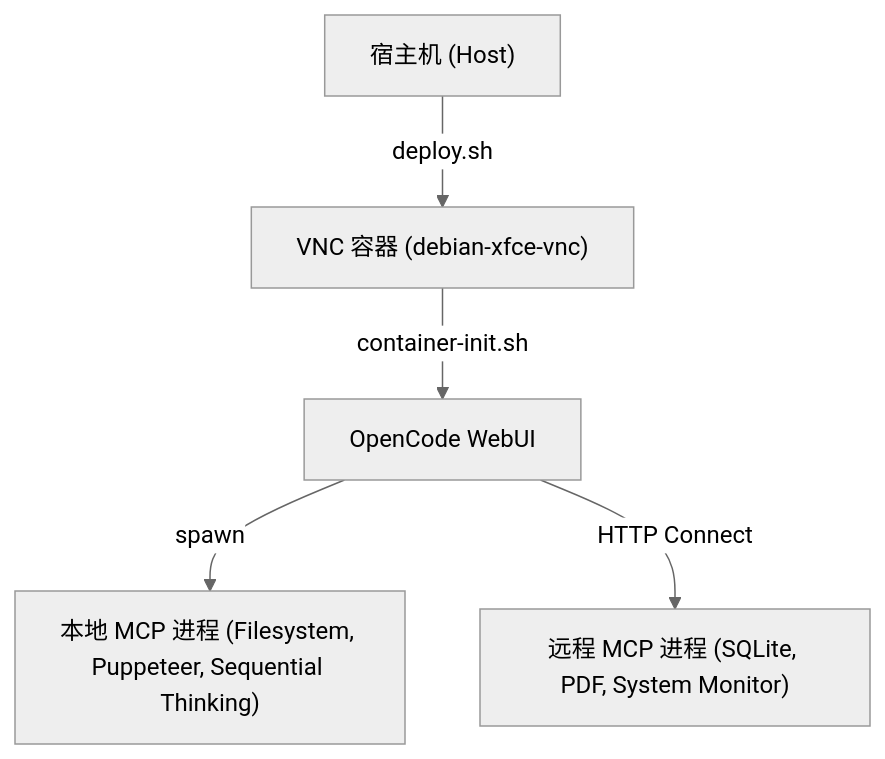
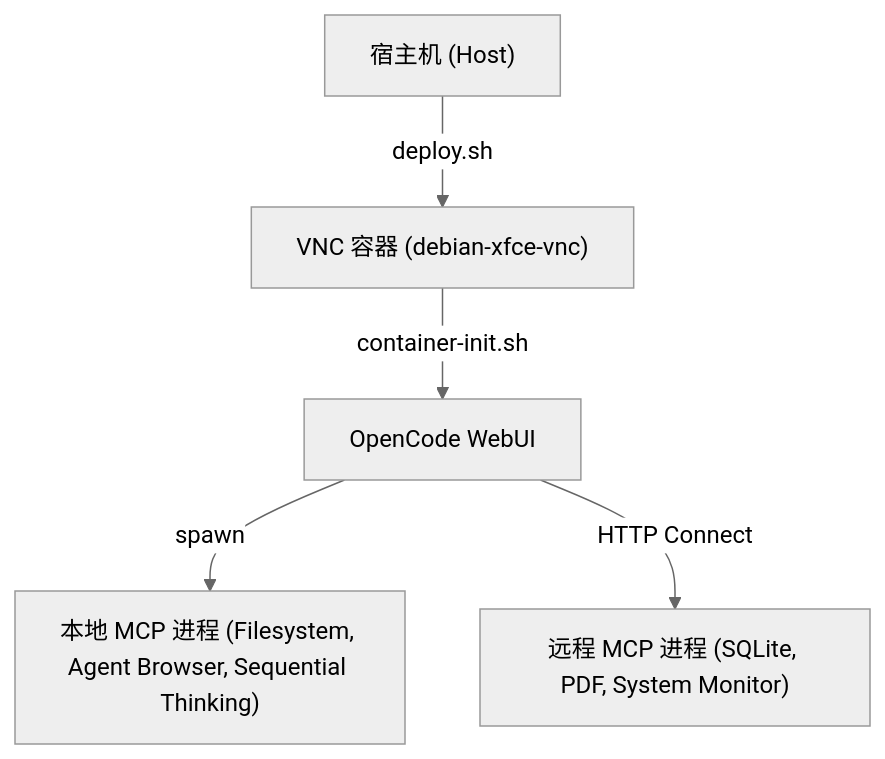
Before and after one commit to emix1984/debian-xfce-vnc-dev: the diagram in docs/architecture_design.md, drawn with Mermaid (neutral theme). The commit also changed other lines of this file and 12 other files, not shown here.

````diff
--- a/docs/architecture_design.md
+++ b/docs/architecture_design.md
@@ -12,13 +12,13 @@
 ```mermaid
 graph TD
     Host["宿主机 (Host)"]
     Container["VNC 容器 (debian-xfce-vnc)"]
     OpenCode["OpenCode WebUI"]
-    LocalMCP["本地 MCP 进程 (Filesystem, Puppeteer, Sequential Thinking)"]
+    LocalMCP["本地 MCP 进程 (Filesystem, Agent Browser, Sequential Thinking)"]
     RemoteMCP["远程 MCP 进程 (SQLite, PDF, System Monitor)"]
 
     Host -- deploy.sh --> Container
     Container -- container-init.sh --> OpenCode
     OpenCode -- spawn --> LocalMCP
     OpenCode -- HTTP Connect --> RemoteMCP
 ```
````
